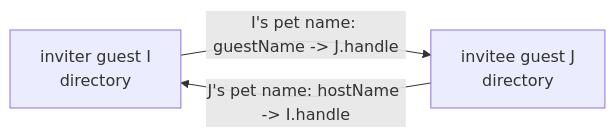
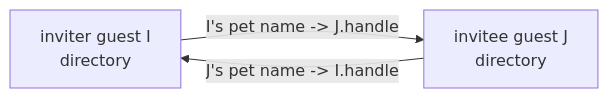
The diagram in designs/guest-native-invitations.md (endojs/endo-but-for-bots), drawn with Mermaid before and after one commit. The commit also changed other lines of this file, not shown here.

First line of the commit message:
design: address panel round 1 on guest-native invitations

````diff
--- a/designs/guest-native-invitations.md
+++ b/designs/guest-native-invitations.md
@@ -65,5 +106,5 @@
 ```mermaid
 flowchart LR
-    I["inviter guest I<br/>directory"] -->|"I's pet name: guestName -> J.handle"| J["invitee guest J<br/>directory"]
-    J -->|"J's pet name: hostName -> I.handle"| I
+  I["inviter guest I<br/>directory"] -->|"I's pet name -> J.handle"| J["invitee guest J<br/>directory"]
+  J -->|"J's pet name -> I.handle"| I
 ```
````
